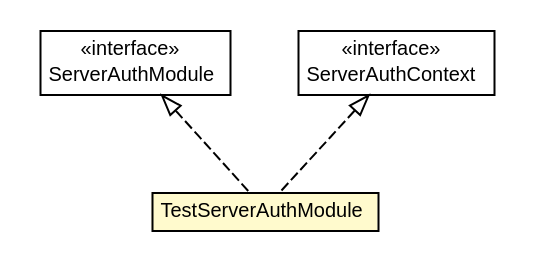
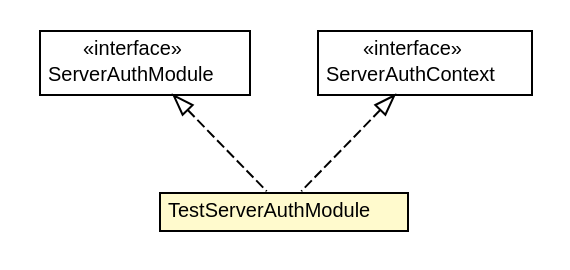
The diagram in apidocs/net/trajano/auth/TestServerAuthModule.dot (trajano/jaspic-tester), drawn with Graphviz before and after one commit. The commit also changed 109 other files, not shown here.

```diff
--- a/apidocs/net/trajano/auth/TestServerAuthModule.dot
+++ b/apidocs/net/trajano/auth/TestServerAuthModule.dot
@@ -1,36 +1,36 @@
 #!/usr/local/bin/dot
 #
 # Class diagram 
 # Generated by UMLGraph version R5_6-24-gf6e263 (http://www.umlgraph.org/)
 #
 
 digraph G {
-	edge [fontname="arial",fontsize=10,labelfontname="arial",labelfontsize=10];
-	node [fontname="arial",fontsize=10,shape=plaintext];
+	edge [fontname="Helvetica",fontsize=10,labelfontname="Helvetica",labelfontsize=10];
+	node [fontname="Helvetica",fontsize=10,shape=plaintext];
 	nodesep=0.25;
 	ranksep=0.5;
 	// net.trajano.auth.TestServerAuthModule
-	c41 [label=<<table title="net.trajano.auth.TestServerAuthModule" border="0" cellborder="1" cellspacing="0" cellpadding="2" port="p" bgcolor="lemonChiffon" href="./TestServerAuthModule.html">
+	c40 [label=<<table title="net.trajano.auth.TestServerAuthModule" border="0" cellborder="1" cellspacing="0" cellpadding="2" port="p" bgcolor="lemonChiffon" href="./TestServerAuthModule.html">
 		<tr><td><table border="0" cellspacing="0" cellpadding="1">
 <tr><td align="center" balign="center"> TestServerAuthModule </td></tr>
 		</table></td></tr>
-		</table>>, URL="./TestServerAuthModule.html", fontname="arial", fontcolor="black", fontsize=10.0];
+		</table>>, URL="./TestServerAuthModule.html", fontname="Helvetica", fontcolor="black", fontsize=10.0];
 	//net.trajano.auth.TestServerAuthModule implements javax.security.auth.message.module.ServerAuthModule
-	c46:p -> c41:p [dir=back,arrowtail=empty,style=dashed];
+	c46:p -> c40:p [dir=back,arrowtail=empty,style=dashed];
 	//net.trajano.auth.TestServerAuthModule implements javax.security.auth.message.config.ServerAuthContext
-	c47:p -> c41:p [dir=back,arrowtail=empty,style=dashed];
+	c47:p -> c40:p [dir=back,arrowtail=empty,style=dashed];
 	// javax.security.auth.message.module.ServerAuthModule
 	c46 [label=<<table title="javax.security.auth.message.module.ServerAuthModule" border="0" cellborder="1" cellspacing="0" cellpadding="2" port="p" href="http://java.sun.com/j2se/1.4.2/docs/api/javax/security/auth/message/module/ServerAuthModule.html">
 		<tr><td><table border="0" cellspacing="0" cellpadding="1">
 <tr><td align="center" balign="center"> &#171;interface&#187; </td></tr>
 <tr><td align="center" balign="center"> ServerAuthModule </td></tr>
 		</table></td></tr>
-		</table>>, URL="http://java.sun.com/j2se/1.4.2/docs/api/javax/security/auth/message/module/ServerAuthModule.html", fontname="arial", fontcolor="black", fontsize=10.0];
+		</table>>, URL="http://java.sun.com/j2se/1.4.2/docs/api/javax/security/auth/message/module/ServerAuthModule.html", fontname="Helvetica", fontcolor="black", fontsize=10.0];
 	// javax.security.auth.message.config.ServerAuthContext
 	c47 [label=<<table title="javax.security.auth.message.config.ServerAuthContext" border="0" cellborder="1" cellspacing="0" cellpadding="2" port="p" href="http://java.sun.com/j2se/1.4.2/docs/api/javax/security/auth/message/config/ServerAuthContext.html">
 		<tr><td><table border="0" cellspacing="0" cellpadding="1">
 <tr><td align="center" balign="center"> &#171;interface&#187; </td></tr>
 <tr><td align="center" balign="center"> ServerAuthContext </td></tr>
 		</table></td></tr>
-		</table>>, URL="http://java.sun.com/j2se/1.4.2/docs/api/javax/security/auth/message/config/ServerAuthContext.html", fontname="arial", fontcolor="black", fontsize=10.0];
+		</table>>, URL="http://java.sun.com/j2se/1.4.2/docs/api/javax/security/auth/message/config/ServerAuthContext.html", fontname="Helvetica", fontcolor="black", fontsize=10.0];
 }
```
